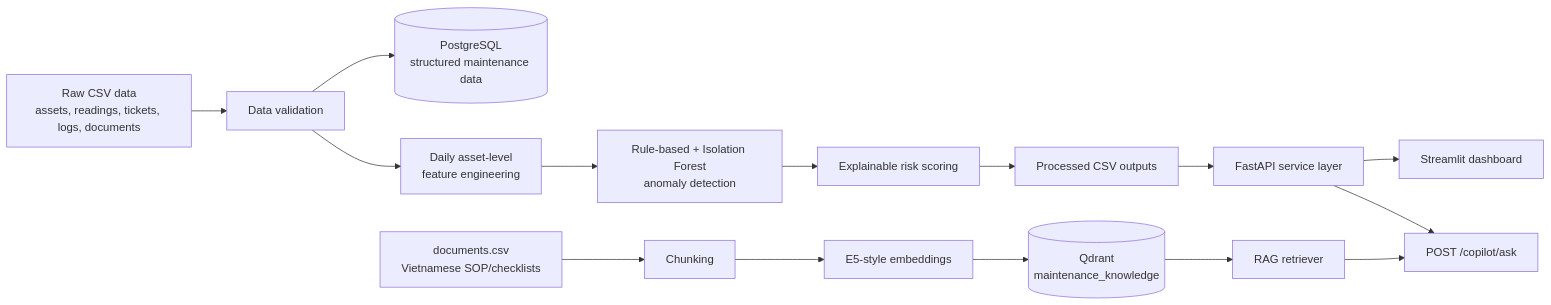
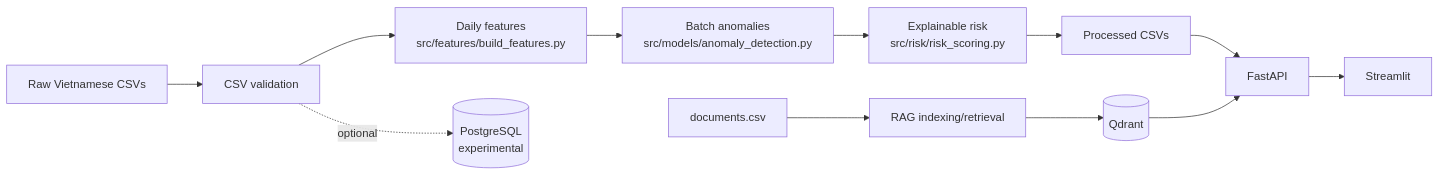
The diagram in README.md (khoavd18/AI_maintain), drawn with Mermaid before and after one commit. The commit also changed other lines of this file and 8 other files, not shown here.

````diff
--- a/README.md
+++ b/README.md
@@ -43,18 +73,16 @@
 ```mermaid
 flowchart LR
-    Raw[Raw CSV data<br/>assets, readings, tickets, logs, documents] --> Validation[Data validation]
-    Validation --> Postgres[(PostgreSQL<br/>structured maintenance data)]
-    Validation --> Features[Daily asset-level<br/>feature engineering]
-    Features --> Anomaly[Rule-based + Isolation Forest<br/>anomaly detection]
-    Anomaly --> Risk[Explainable risk scoring]
-    Risk --> Processed[Processed CSV outputs]
-    Processed --> API[FastAPI service layer]
-    API --> Dashboard[Streamlit dashboard]
-    API --> CopilotAPI[POST /copilot/ask]
+    Raw[Raw Vietnamese CSVs] --> Validation[CSV validation]
+    Validation --> Features[Daily features<br/>src/features/build_features.py]
+    Features --> Anomaly[Batch anomalies<br/>src/models/anomaly_detection.py]
+    Anomaly --> Risk[Explainable risk<br/>src/risk/risk_scoring.py]
+    Risk --> Processed[Processed CSVs]
+    Processed --> API[FastAPI]
+    API --> Dashboard[Streamlit]
 
-    Docs[documents.csv<br/>Vietnamese SOP/checklists] --> Chunking[Chunking]
-    Chunking --> Embeddings[E5-style embeddings]
-    Embeddings --> Qdrant[(Qdrant<br/>maintenance_knowledge)]
-    Qdrant --> Retriever[RAG retriever]
-    Retriever --> CopilotAPI
+    Docs[documents.csv] --> RAG[RAG indexing/retrieval]
+    RAG --> Qdrant[(Qdrant)]
+    Qdrant --> API
+
+    Validation -. optional .-> Postgres[(PostgreSQL<br/>experimental)]
 ```
````
